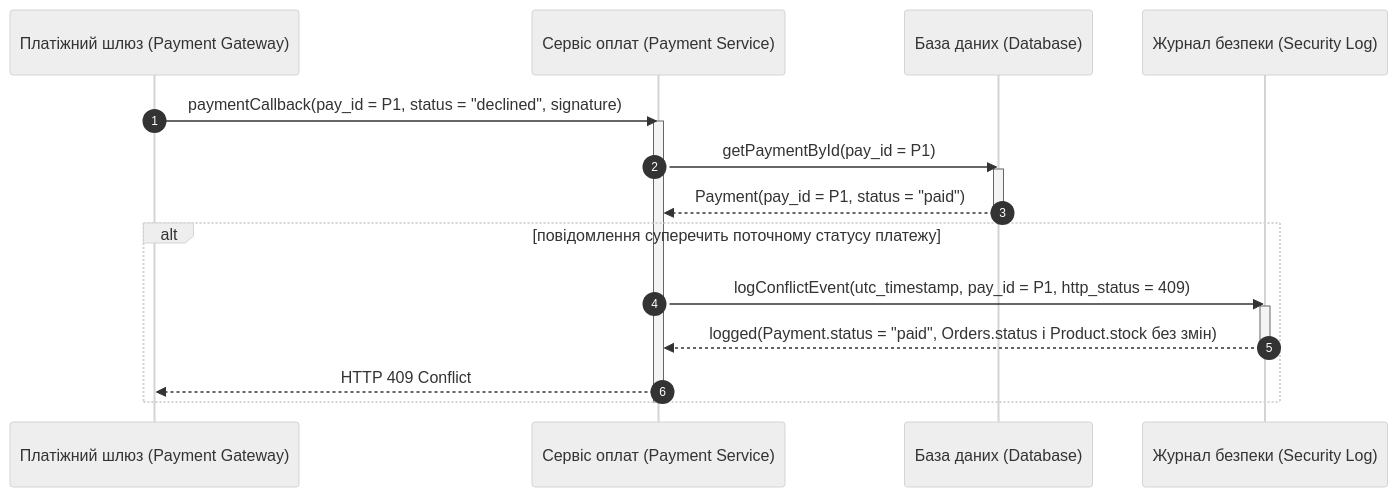
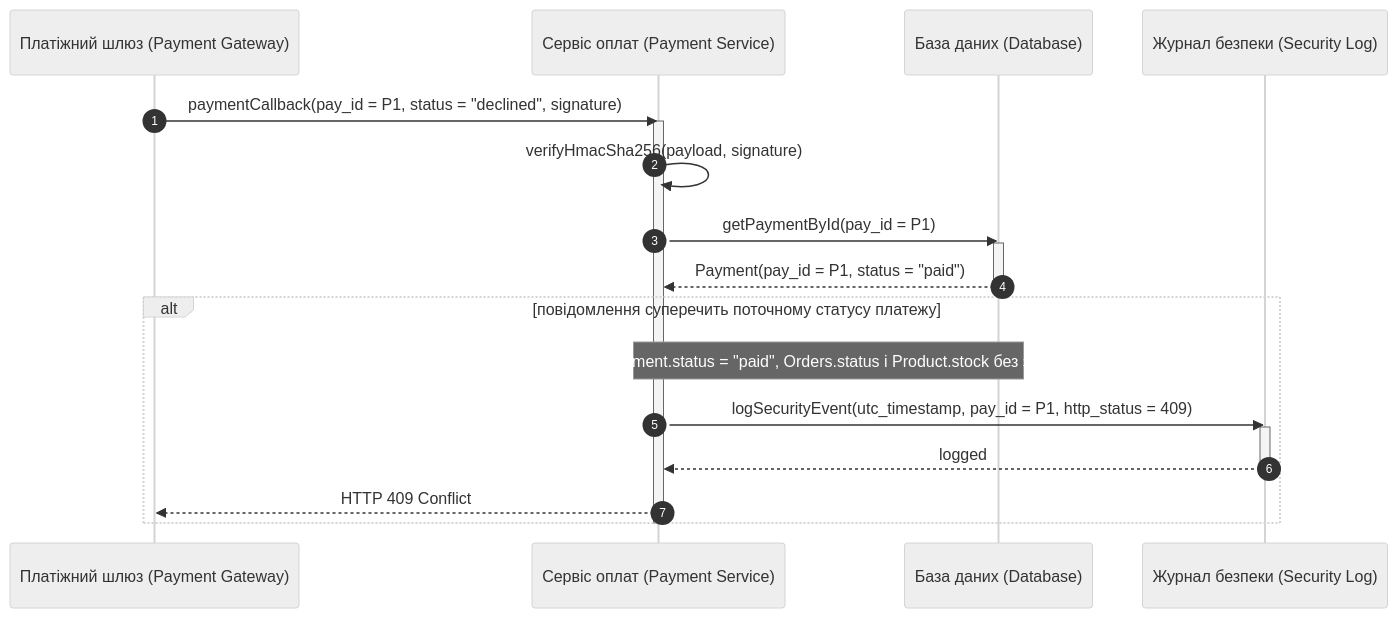
The eighth of 15 diagrams in Lab3/diagram.md (hutnichs/KPI_MAVPZ), drawn with Mermaid (neutral theme) before and after one commit. The commit also changed other lines of this file and 1 other file, not shown here.

Commit message:
Updated payment callback, error messages and prompt added

````diff
--- a/Lab3/diagram.md
+++ b/Lab3/diagram.md
@@ -314,24 +358,26 @@
 ```mermaid
 sequenceDiagram
     autonumber
     participant PGW as Платіжний шлюз (Payment Gateway)
     participant PS as Сервіс оплат (Payment Service)
     participant DB as База даних (Database)
     participant SecLog as Журнал безпеки (Security Log)
 
     PGW->>PS: paymentCallback(pay_id = P1, status = "declined", signature)
     activate PS
+    PS->>PS: verifyHmacSha256(payload, signature)
     PS->>DB: getPaymentById(pay_id = P1)
     activate DB
     DB-->>PS: Payment(pay_id = P1, status = "paid")
     deactivate DB
 
     alt повідомлення суперечить поточному статусу платежу
-        PS->>SecLog: logConflictEvent(utc_timestamp, pay_id = P1, http_status = 409)
+        Note over PS,DB: Payment.status = "paid", Orders.status і Product.stock без змін
+        PS->>SecLog: logSecurityEvent(utc_timestamp, pay_id = P1, http_status = 409)
         activate SecLog
-        SecLog-->>PS: logged(Payment.status = "paid", Orders.status і Product.stock без змін)
+        SecLog-->>PS: logged
         deactivate SecLog
         PS-->>PGW: HTTP 409 Conflict
     end
     deactivate PS
 ```
````
